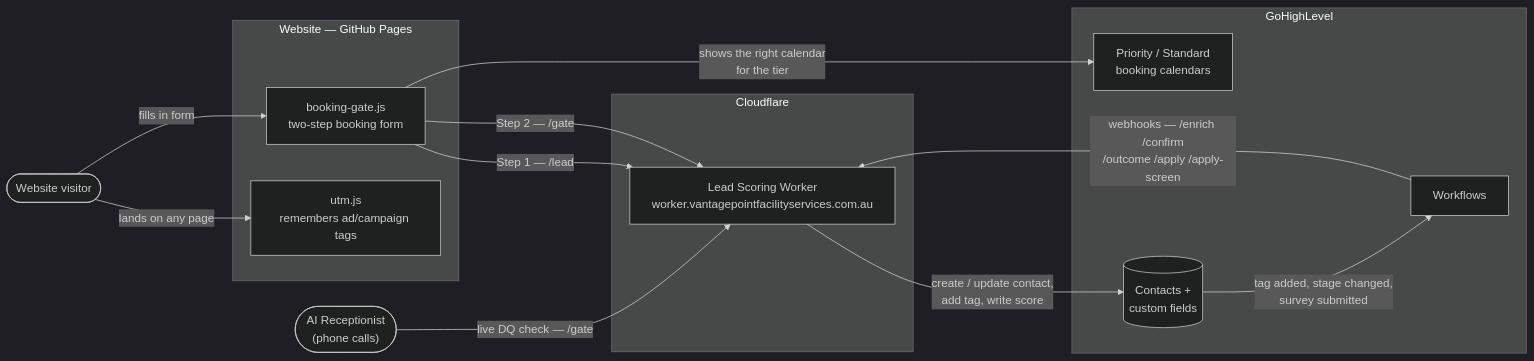
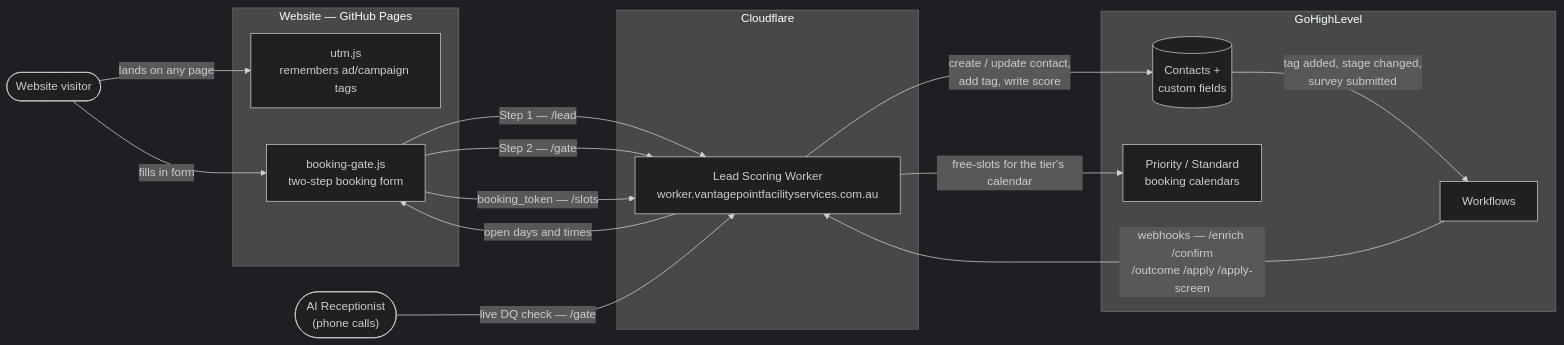
Before and after one commit to VantagePointFacilityServices/vpfs-website: the first of 11 diagrams in docs/WORKER.md, drawn with Mermaid (dark theme). The commit also changed other lines of this file and 10 other files, not shown here.

First line of the commit message:
Api Calendar Booking: The visitor chooses a time, clicks Book, and the walkthrough is booked on the correct GHL calendar against their existing contact. They then see a confirmation. They never re-enter their details. (+2 more)

````diff
--- a/docs/WORKER.md
+++ b/docs/WORKER.md
@@ -57,30 +57,32 @@
 ```mermaid
 flowchart LR
     V(["Website visitor"])
     AI(["AI Receptionist<br/>(phone calls)"])
 
     subgraph Site["Website — GitHub Pages"]
         UTM["utm.js<br/>remembers ad/campaign tags"]
         BG["booking-gate.js<br/>two-step booking form"]
     end
 
     subgraph CF["Cloudflare"]
         W["Lead Scoring Worker<br/>worker.vantagepointfacilityservices.com.au"]
     end
 
     subgraph GHL["GoHighLevel"]
         C[("Contacts +<br/>custom fields")]
         WF["Workflows"]
         CAL["Priority / Standard<br/>booking calendars"]
     end
 
     V -->|lands on any page| UTM
     V -->|fills in form| BG
     BG -->|"Step 1 — /lead"| W
     BG -->|"Step 2 — /gate"| W
+    BG -->|"booking_token — /slots"| W
     AI -->|"live DQ check — /gate"| W
     W -->|"create / update contact,<br/>add tag, write score"| C
     C -->|"tag added, stage changed,<br/>survey submitted"| WF
     WF -->|"webhooks — /enrich /confirm<br/>/outcome /apply /apply-screen"| W
-    BG -->|"shows the right calendar<br/>for the tier"| CAL
+    W -->|"free-slots for the tier's calendar"| CAL
+    W -->|"open days and times"| BG
 ```
````
